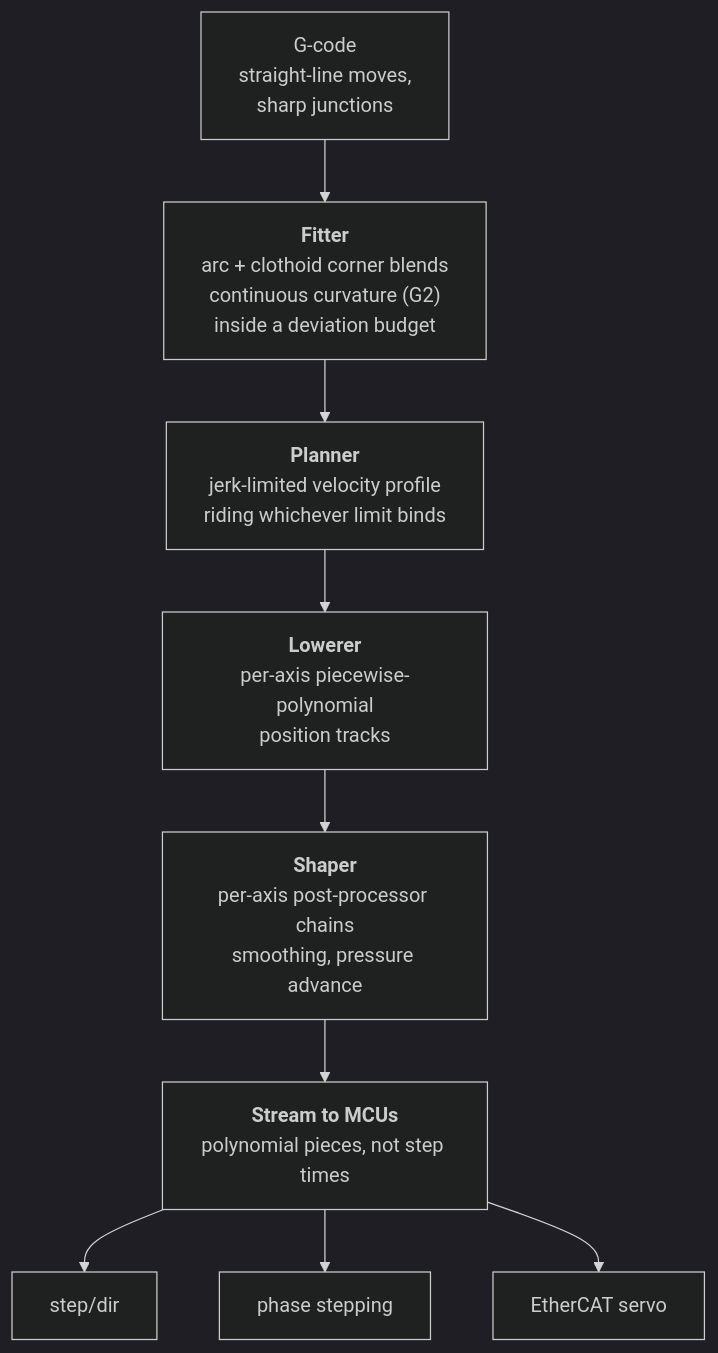
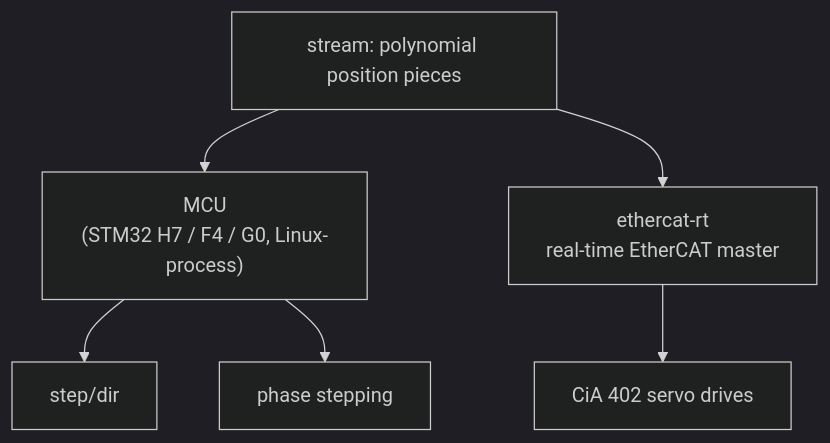
One commit to dderg/serval changed the diagram in README.md. Above: the diagram before and after it, drawn with Mermaid (dark theme). The commit also changed other lines of this file and 5 other files, not shown here.

First line of the commit message:
docs: README feedback round — playground link up top, EtherCAT pitch instead of config dump, figures inlined with their stages

````diff
--- a/README.md
+++ b/README.md
@@ -266,12 +241,8 @@
 ```mermaid
 flowchart TD
-    G["G-code<br/>straight-line moves,<br/>sharp junctions"] --> F
-    F["<b>Fitter</b><br/>arc + clothoid corner blends<br/>continuous curvature (G2)<br/>inside a deviation budget"] --> P
-    P["<b>Planner</b><br/>jerk-limited velocity profile<br/>riding whichever limit binds"] --> L
-    L["<b>Lowerer</b><br/>per-axis piecewise-polynomial<br/>position tracks"] --> S
-    S["<b>Shaper</b><br/>per-axis post-processor chains<br/>smoothing, pressure advance"] --> M
-    M["<b>Stream to MCUs</b><br/>polynomial pieces, not step times"] --> D1 & D2 & D3
-    D1["step/dir"]
-    D2["phase stepping"]
-    D3["EtherCAT servo"]
+    S["stream: polynomial position pieces"] --> M["MCU<br/>(STM32 H7 / F4 / G0, Linux-process)"]
+    S --> E["ethercat-rt<br/>real-time EtherCAT master"]
+    M --> D1["step/dir"]
+    M --> D2["phase stepping"]
+    E --> D3["CiA 402 servo drives"]
 ```
````
